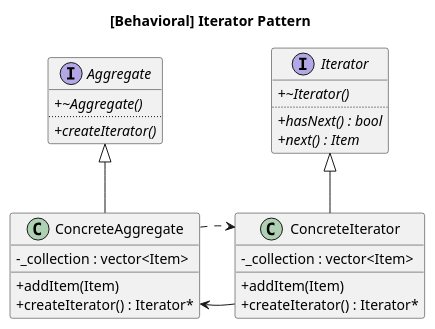
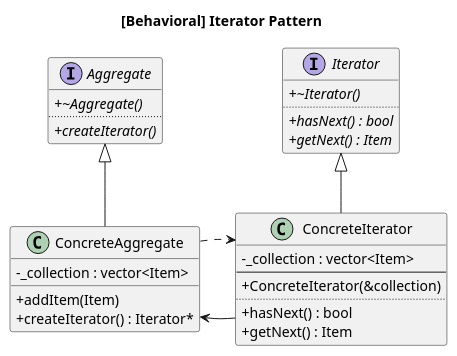
The diagram in old/plantuml/behavioral_iterator.puml (nampluskr/design_patterns), drawn with PlantUML before and after one commit.

```diff
--- a/old/plantuml/behavioral_iterator.puml
+++ b/old/plantuml/behavioral_iterator.puml
@@ -1,36 +1,39 @@
 @startuml
 skinparam classAttributeIconSize 0
 
 title [Behavioral] Iterator Pattern
 
 interface Aggregate {
   + {abstract} ~Aggregate()
   ..
   + {abstract} createIterator()
 }
 class ConcreteAggregate {
   - _collection : vector<Item>
   + addItem(Item)
   + createIterator() : Iterator*
 }
 
 interface Iterator {
   + {abstract} ~Iterator()
   ..
   + {abstract} hasNext() : bool
-  + {abstract} next() : Item
+  + {abstract} getNext() : Item
 }
 class ConcreteIterator {
   - _collection : vector<Item>
-  + addItem(Item)
-  + createIterator() : Iterator*
+  --
+  + ConcreteIterator(&collection) 
+  ..
+  + hasNext() : bool
+  + getNext() : Item
 }
 
 Aggregate <|-- ConcreteAggregate
 Iterator <|-- ConcreteIterator
 ConcreteAggregate <- ConcreteIterator
 ConcreteAggregate .> ConcreteIterator
 
 hide empty members
 
 @enduml
```
